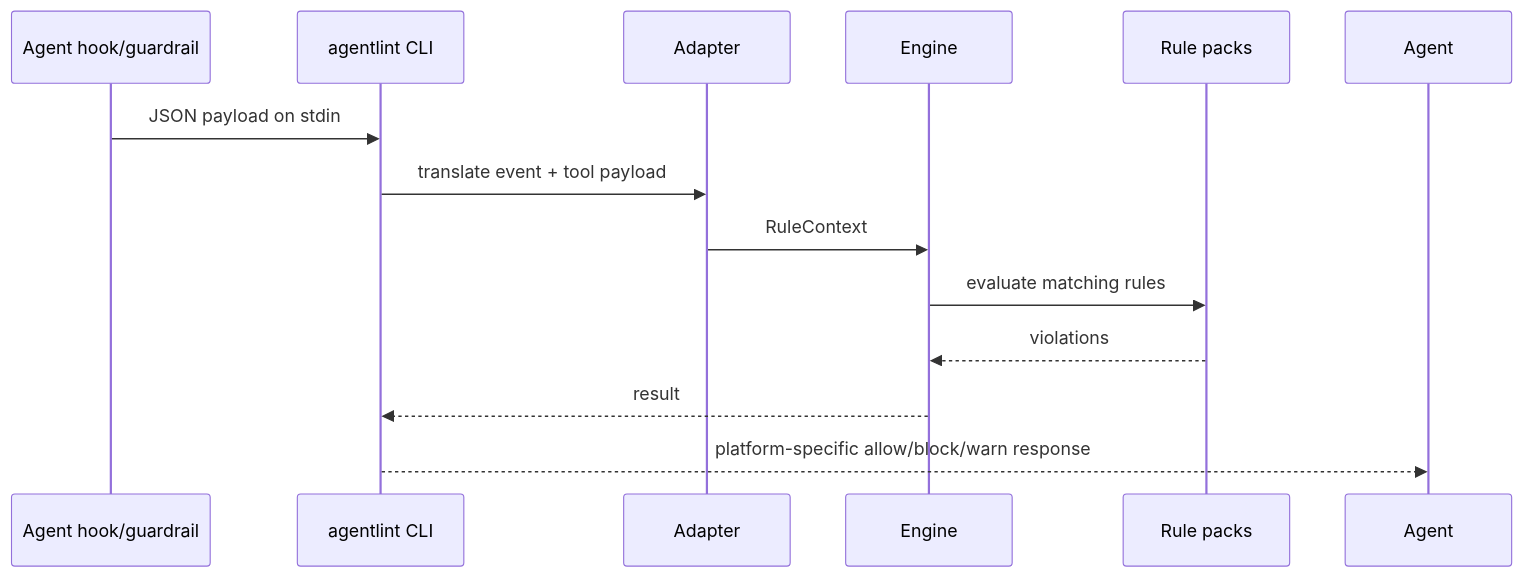
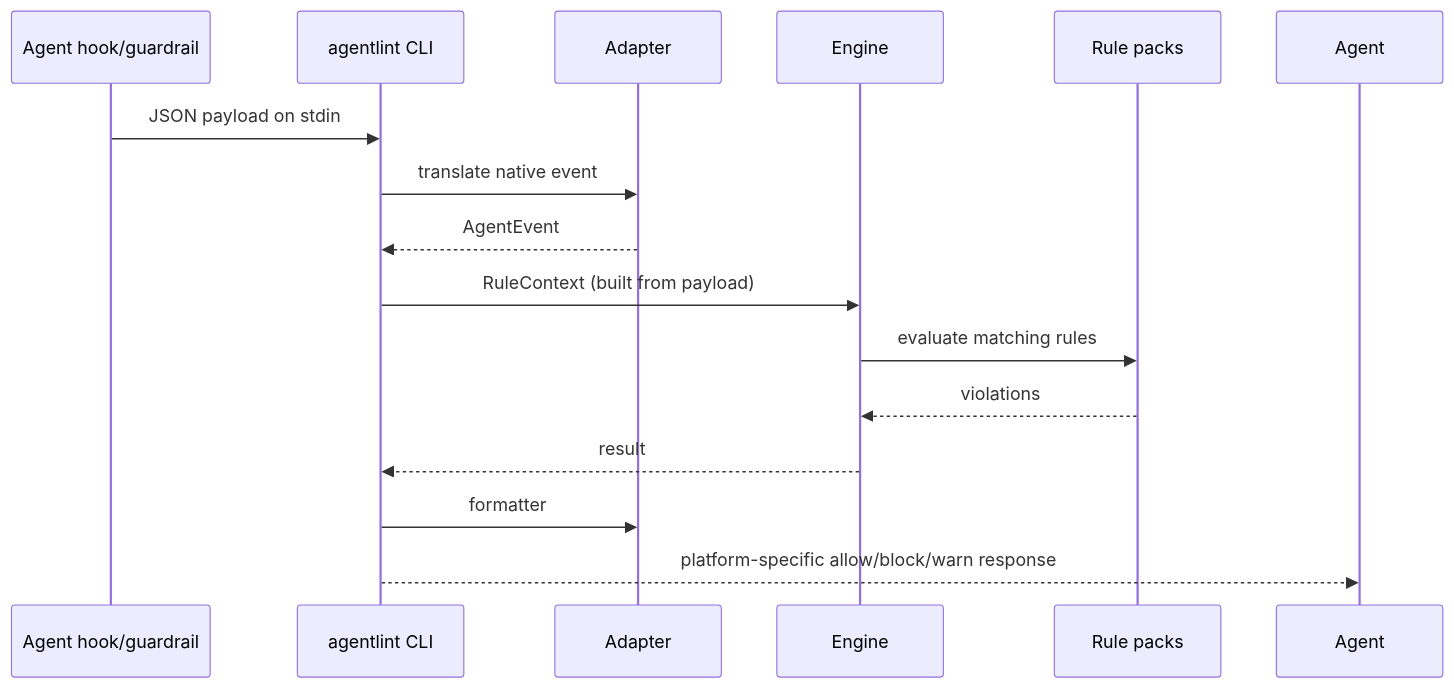
One commit to mauhpr/agentlint changed the third of 6 diagrams in docs/architecture.md. Above: the diagram before and after it, drawn with Mermaid. The commit also changed other lines of this file and 85 other files, not shown here.

First line of the commit message:
Release 2.9.0: precise operations, approvals, evidence, native-tool security fix, docs overhaul (#69)

````diff
--- a/docs/architecture.md
+++ b/docs/architecture.md
@@ -58,17 +83,19 @@
 ```mermaid
 sequenceDiagram
   participant Hook as Agent hook/guardrail
   participant CLI as agentlint CLI
   participant Adapter as Adapter
   participant Engine as Engine
   participant Pack as Rule packs
   participant Agent as Agent
 
   Hook->>CLI: JSON payload on stdin
-  CLI->>Adapter: translate event + tool payload
-  Adapter->>Engine: RuleContext
+  CLI->>Adapter: translate native event
+  Adapter-->>CLI: AgentEvent
+  CLI->>Engine: RuleContext (built from payload)
   Engine->>Pack: evaluate matching rules
   Pack-->>Engine: violations
   Engine-->>CLI: result
+  CLI->>Adapter: formatter
   CLI-->>Agent: platform-specific allow/block/warn response
 ```
````
